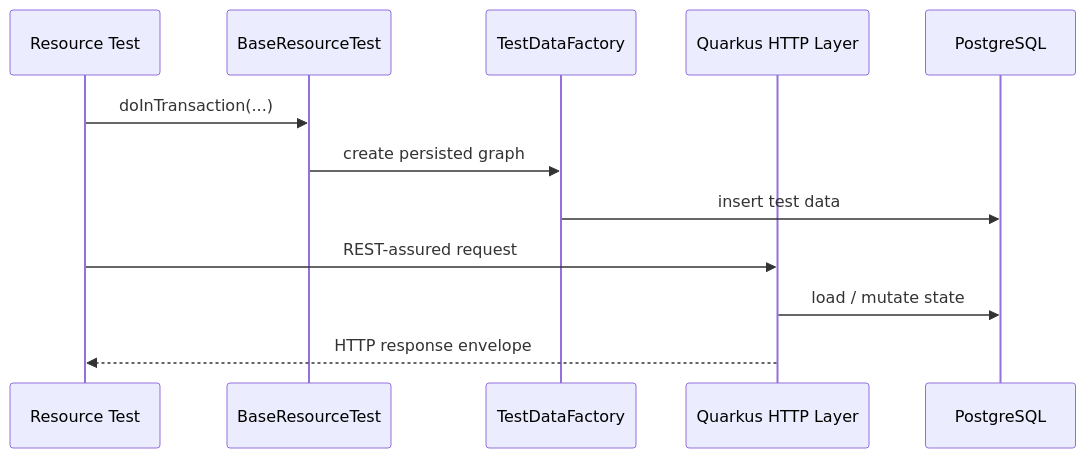
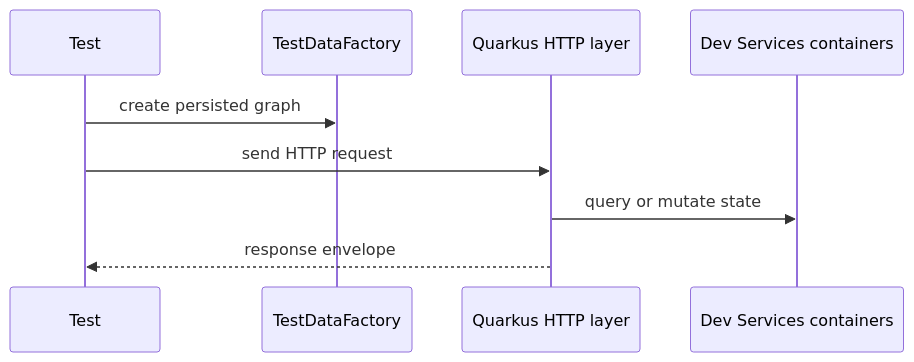
Before and after one commit to Plataforma-Universidade-Gratuita/pug-docs: the second of 2 diagrams in pug-service/tests/README.md, drawn with Mermaid. The commit also changed other lines of this file and 15 other files, not shown here.

````diff
--- a/pug-service/tests/README.md
+++ b/pug-service/tests/README.md
@@ -237,15 +55,12 @@
 ```mermaid
 sequenceDiagram
-    participant Test as Resource Test
-    participant Base as BaseResourceTest
-    participant Factory as TestDataFactory
-    participant API as Quarkus HTTP Layer
-    participant DB as PostgreSQL
+    participant Test
+    participant Setup as TestDataFactory
+    participant API as Quarkus HTTP layer
+    participant DB as Dev Services containers
 
-    Test->>Base: doInTransaction(...)
-    Base->>Factory: create persisted graph
-    Factory->>DB: insert test data
-    Test->>API: REST-assured request
-    API->>DB: load / mutate state
-    API-->>Test: HTTP response envelope
+    Test->>Setup: create persisted graph
+    Test->>API: send HTTP request
+    API->>DB: query or mutate state
+    API-->>Test: response envelope
 ```
````
